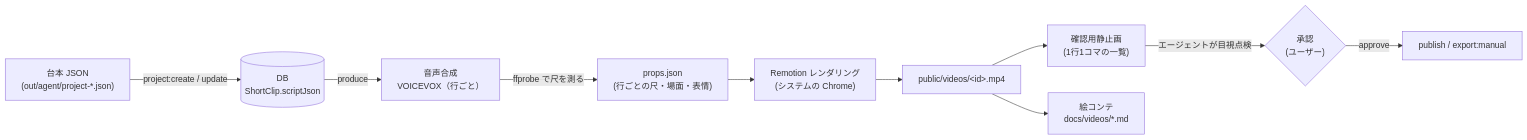
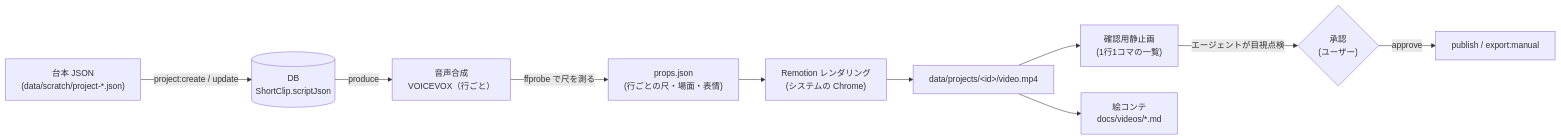
Before and after one commit to miiiwa1121/sns: the diagram in docs/architecture/video-template.md, drawn with Mermaid. The commit also changed other lines of this file and 54 other files, not shown here.

First line of the commit message:
refactor: 生成物を data/ に集約し、agent/ と remotion/ をルート直下に分離

````diff
--- a/docs/architecture/video-template.md
+++ b/docs/architecture/video-template.md
@@ -9,12 +9,12 @@
 ```mermaid
 flowchart LR
-    A["台本 JSON<br>(out/agent/project-*.json)"] -->|project:create / update| B[("DB<br>ShortClip.scriptJson")]
+    A["台本 JSON<br>(data/scratch/project-*.json)"] -->|project:create / update| B[("DB<br>ShortClip.scriptJson")]
     B -->|produce| C["音声合成<br>VOICEVOX（行ごと）"]
     C -->|ffprobe で尺を測る| D["props.json<br>(行ごとの尺・場面・表情)"]
     D --> E["Remotion レンダリング<br>(システムの Chrome)"]
-    E --> F["public/videos/&lt;id&gt;.mp4"]
+    E --> F["data/projects/&lt;id&gt;/video.mp4"]
     F --> G["確認用静止画<br>(1行1コマの一覧)"]
     F --> H["絵コンテ<br>docs/videos/*.md"]
     G -->|エージェントが目視点検| I{"承認<br>(ユーザー)"}
     I -->|approve| J["publish / export:manual"]
 ```
````
